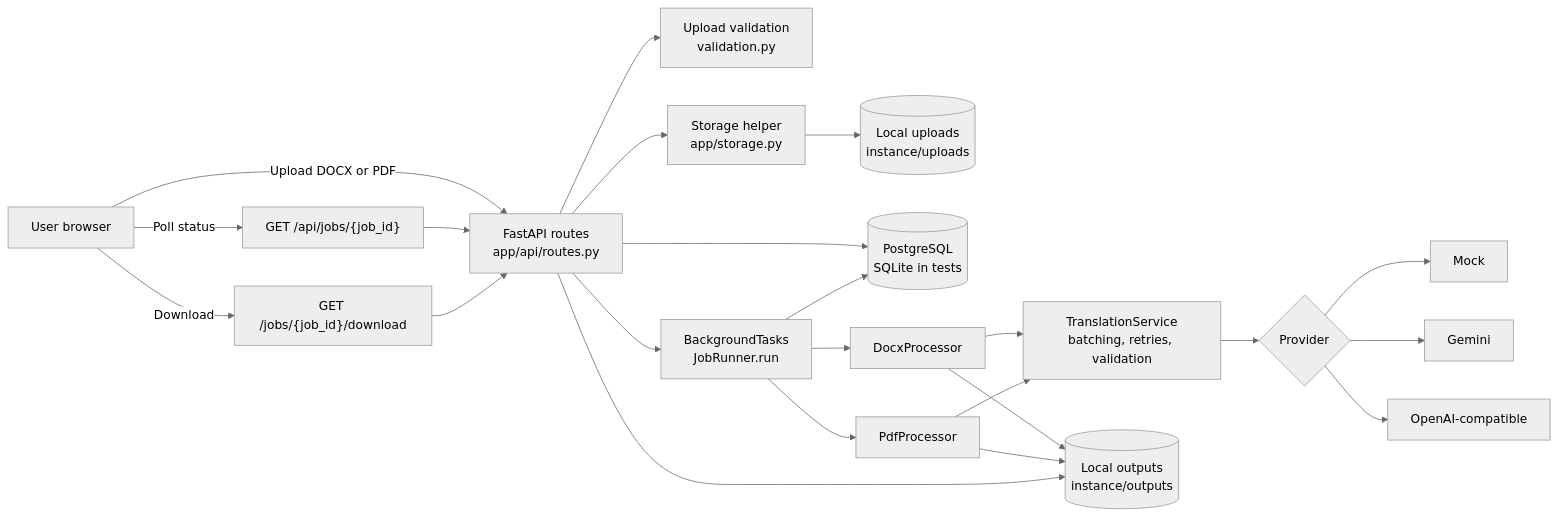
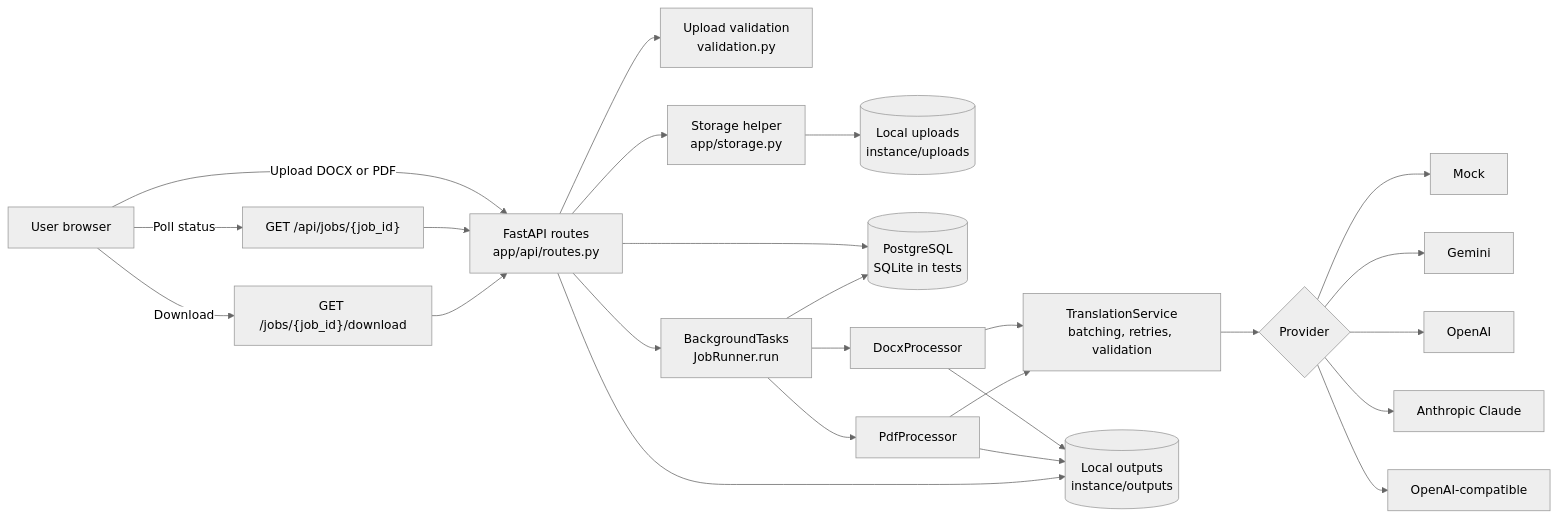
Before and after one commit to syed-adeel872/taw-python-translatedocs: the diagram in README.md, drawn with Mermaid (neutral theme). The commit also changed other lines of this file and 1 other file, not shown here.

````diff
--- a/README.md
+++ b/README.md
@@ -43,25 +43,27 @@
 ```mermaid
 flowchart LR
     U["User browser"] -->|"Upload DOCX or PDF"| R["FastAPI routes<br/>app/api/routes.py"]
     R --> V["Upload validation<br/>validation.py"]
     R --> ST["Storage helper<br/>app/storage.py"]
     ST --> IN[("Local uploads<br/>instance/uploads")]
     R --> DB[("PostgreSQL<br/>SQLite in tests")]
     R --> BG["BackgroundTasks<br/>JobRunner.run"]
     BG --> DB
     BG --> DOCX["DocxProcessor"]
     BG --> PDF["PdfProcessor"]
     DOCX --> TS["TranslationService<br/>batching, retries, validation"]
     PDF --> TS
     TS --> P{"Provider"}
     P --> MOCK["Mock"]
     P --> GEM["Gemini"]
-    P --> OAI["OpenAI-compatible"]
+    P --> OAI["OpenAI"]
+    P --> CLAUDE["Anthropic Claude"]
+    P --> COMPAT["OpenAI-compatible"]
     DOCX --> OUT[("Local outputs<br/>instance/outputs")]
     PDF --> OUT
     U -->|"Poll status"| STATUS["GET /api/jobs/{job_id}"]
     STATUS --> R
     U -->|"Download"| DL["GET /jobs/{job_id}/download"]
     DL --> R
     R --> OUT
 ```
````
